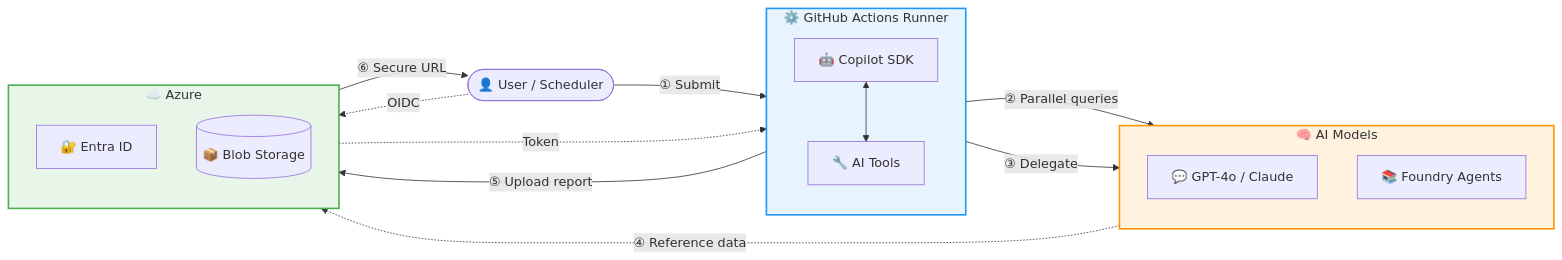
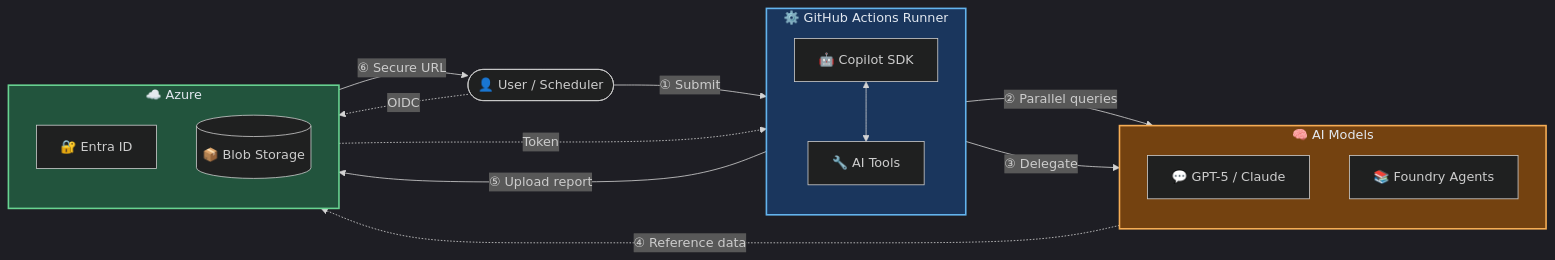
The first of 5 diagrams in docs/copilot_report_forge/architecture.md (ks6088ts/template-github-copilot), drawn with Mermaid before and after one commit. The commit also changed other lines of this file and 13 other files, not shown here.

````diff
--- a/docs/copilot_report_forge/architecture.md
+++ b/docs/copilot_report_forge/architecture.md
@@ -42,36 +42,37 @@
 ```mermaid
+%%{init: {'theme': 'dark'}}%%
 flowchart LR
     USER(["👤 User / Scheduler"])
 
     subgraph GHA["⚙️ GitHub Actions Runner"]
         direction TB
         SDK["🤖 Copilot SDK"]
         TOOLS["🔧 AI Tools"]
         SDK <--> TOOLS
     end
 
     subgraph AI["🧠 AI Models"]
         direction TB
-        LLM["💬 GPT-4o / Claude"]
+        LLM["💬 GPT-5 / Claude"]
         FOUNDRY["📚 Foundry Agents"]
     end
 
     subgraph AZ["☁️ Azure"]
         direction TB
         AUTH["🔐 Entra ID"]
         STORAGE[("📦 Blob Storage")]
     end
 
     USER -- "① Submit" --> SDK
     SDK -- "② Parallel queries" --> LLM
     TOOLS -- "③ Delegate" --> FOUNDRY
     FOUNDRY -. "④ Reference data" .-> STORAGE
     SDK -- "⑤ Upload report" --> STORAGE
     STORAGE -- "⑥ Secure URL" --> USER
     USER -. "OIDC" .-> AUTH
     AUTH -. "Token" .-> SDK
 
-    style GHA fill:#e8f4fd,stroke:#2196F3,stroke-width:2px
-    style AI fill:#fff3e0,stroke:#FF9800,stroke-width:2px
-    style AZ fill:#e8f5e9,stroke:#4CAF50,stroke-width:2px
+    style GHA fill:#1a365d,stroke:#63b3ed,stroke-width:2px,color:#e2e8f0
+    style AI fill:#744210,stroke:#f6ad55,stroke-width:2px,color:#e2e8f0
+    style AZ fill:#22543d,stroke:#68d391,stroke-width:2px,color:#e2e8f0
 ```
````
